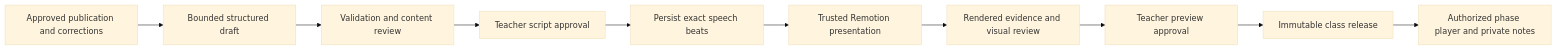
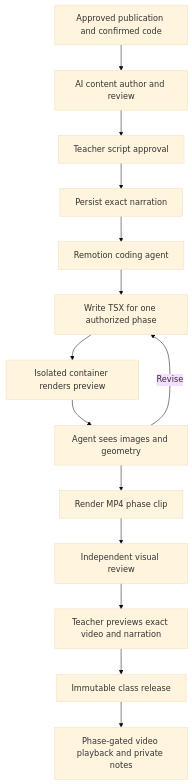
One commit to ducnguyen67201/TroApp changed the seventh of 7 diagrams in docs/Architecture.md. Above: the diagram before and after it, drawn with Mermaid (base theme). The commit also changed other lines of this file and 44 other files, not shown here.

Commit message:
feat: generate guided lesson videos with a Remotion coding agent

````diff
--- a/docs/Architecture.md
+++ b/docs/Architecture.md
@@ -686,12 +683,16 @@
 ```mermaid
-flowchart LR
-  Sources[Approved publication and corrections] --> Draft[Bounded structured draft]
-  Draft --> Review[Validation and content review]
-  Review --> Script[Teacher script approval]
-  Script --> Speech[Persist exact speech beats]
-  Speech --> Render[Trusted Remotion presentation]
-  Render --> Visual[Rendered evidence and visual review]
-  Visual --> Preview[Teacher preview approval]
+flowchart TD
+  Source[Approved publication and confirmed code] --> Draft[AI content author and review]
+  Draft --> Script[Teacher script approval]
+  Script --> Speech[Persist exact narration]
+  Speech --> Agent[Remotion coding agent]
+  Agent --> Write[Write TSX for one authorized phase]
+  Write --> Sandbox[Isolated container renders preview]
+  Sandbox --> Inspect[Agent sees images and geometry]
+  Inspect -->|Revise| Write
+  Inspect --> Clip[Render MP4 phase clip]
+  Clip --> Review[Independent visual review]
+  Review --> Preview[Teacher previews exact video and narration]
   Preview --> Release[Immutable class release]
-  Release --> Player[Authorized phase player and private notes]
+  Release --> Player[Phase-gated video playback and private notes]
 ```
````
